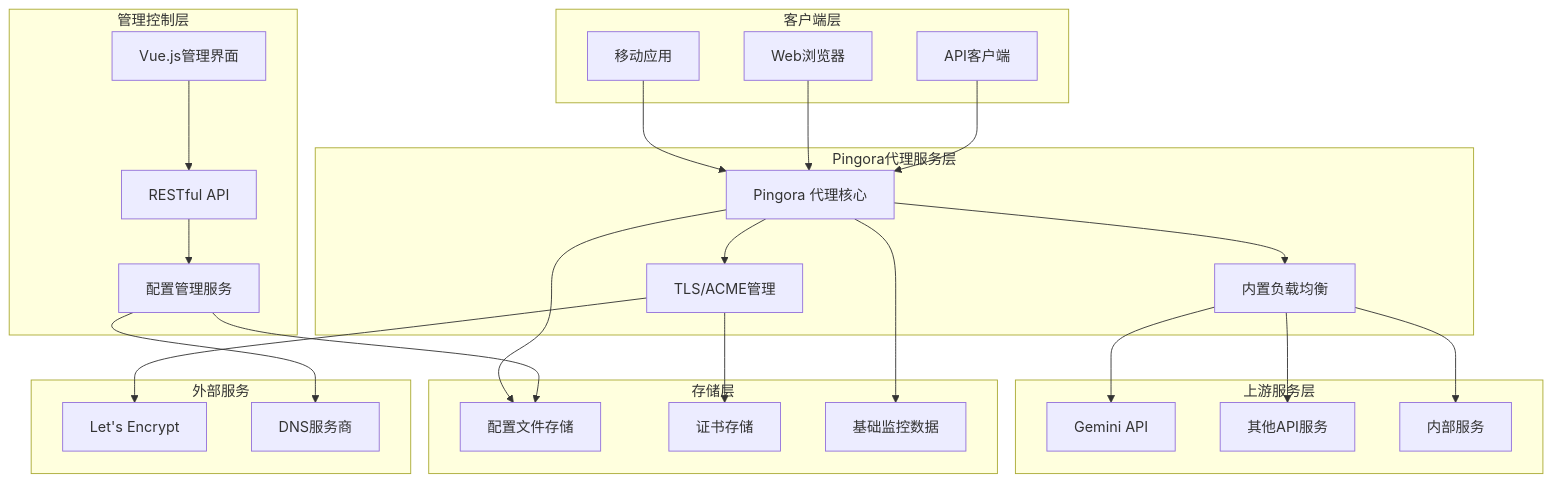
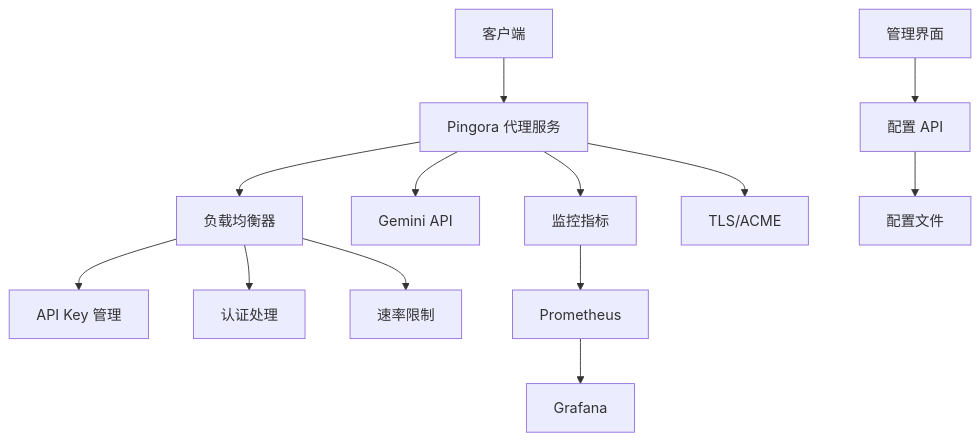
The diagram in README.md (MAQSOODAWANhaha/gem-proxy), drawn with Mermaid before and after one commit. The commit also changed other lines of this file and 23 other files, not shown here.

````diff
--- a/README.md
+++ b/README.md
@@ -13,59 +18,16 @@
 ```mermaid
 graph TB
-    subgraph "客户端层"
-        A[API客户端] 
-        B[Web浏览器]
-        C[移动应用]
-    end
+    A[客户端] --> B[Pingora 代理服务]
+    B --> C[负载均衡器]
+    C --> D[API Key 管理]
+    C --> E[认证处理]
+    C --> F[速率限制]
+    B --> G[Gemini API]
+    B --> H[监控指标]
+    B --> I[TLS/ACME]
     
-    subgraph "Pingora代理服务层"
-        D[Pingora 代理核心]
-        E[TLS/ACME管理]
-        F[内置负载均衡]
-    end
-    
-    subgraph "管理控制层"
-        G[配置管理服务]
-        H[Vue.js管理界面]
-        I[RESTful API]
-    end
-    
-    subgraph "存储层"
-        J[配置文件存储]
-        K[证书存储]
-        L[基础监控数据]
-    end
-    
-    subgraph "上游服务层"
-        M[Gemini API]
-        N[其他API服务]
-        O[内部服务]
-    end
-    
-    subgraph "外部服务"
-        P[Let's Encrypt]
-        Q[DNS服务商]
-    end
-    
-    A --> D
-    B --> D
-    C --> D
-    
-    D --> E
-    D --> F
-    
-    G --> J
-    H --> I
-    I --> G
-    
-    D --> J
-    E --> K
-    D --> L
-    
-    F --> M
-    F --> N
-    F --> O
-    
-    E --> P
-    G --> Q
+    J[管理界面] --> K[配置 API]
+    K --> L[配置文件]
+    H --> M[Prometheus]
+    M --> N[Grafana]
 ```
````
